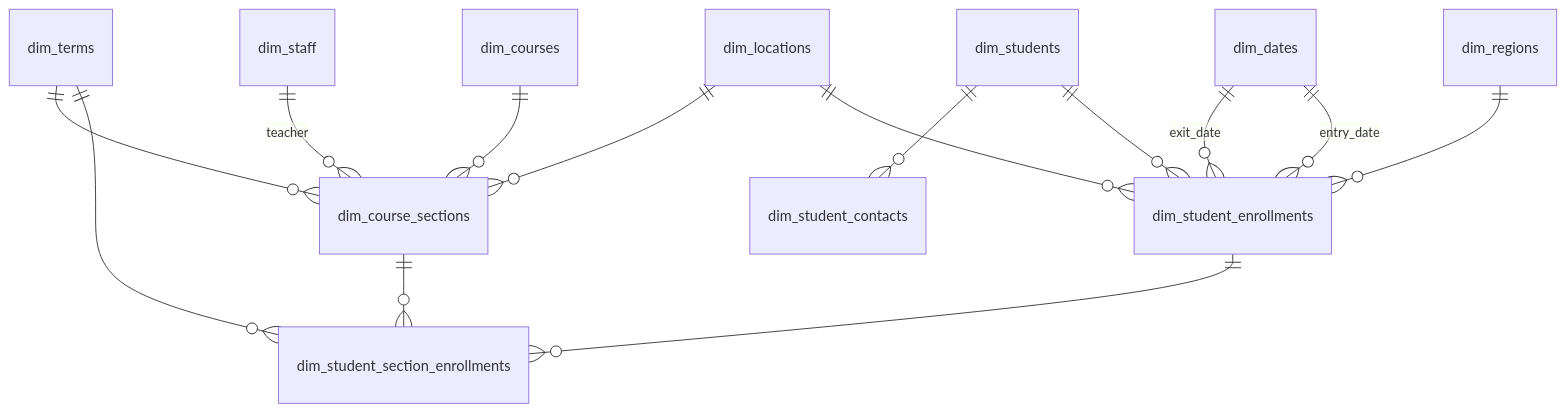
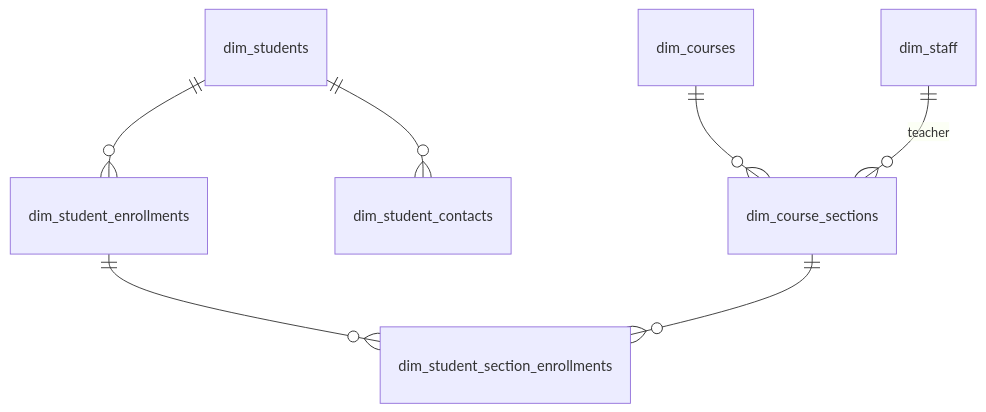
Before and after one commit to TEAMSchools/teamster: the first of 10 diagrams in docs/superpowers/specs/2026-03-27-star-schema-data-mart-design.md, drawn with Mermaid. The commit also changed other lines of this file, not shown here.

First line of the commit message:
docs: omit conformed dims from star-schema ERDs

````diff
--- a/docs/superpowers/specs/2026-03-27-star-schema-data-mart-design.md
+++ b/docs/superpowers/specs/2026-03-27-star-schema-data-mart-design.md
@@ -556,16 +558,9 @@
 ```mermaid
 erDiagram
     dim_students ||--o{ dim_student_enrollments : ""
     dim_students ||--o{ dim_student_contacts : ""
     dim_student_enrollments ||--o{ dim_student_section_enrollments : ""
     dim_courses ||--o{ dim_course_sections : ""
     dim_course_sections ||--o{ dim_student_section_enrollments : ""
     dim_staff ||--o{ dim_course_sections : "teacher"
-    dim_locations ||--o{ dim_student_enrollments : ""
-    dim_regions ||--o{ dim_student_enrollments : ""
-    dim_dates ||--o{ dim_student_enrollments : "entry_date"
-    dim_dates ||--o{ dim_student_enrollments : "exit_date"
-    dim_terms ||--o{ dim_student_section_enrollments : ""
-    dim_terms ||--o{ dim_course_sections : ""
-    dim_locations ||--o{ dim_course_sections : ""
 ```
````
